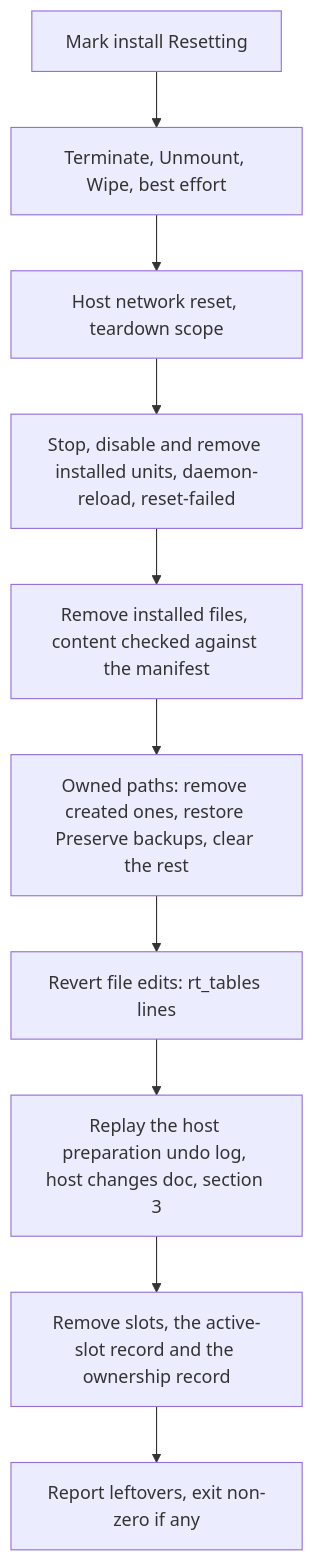
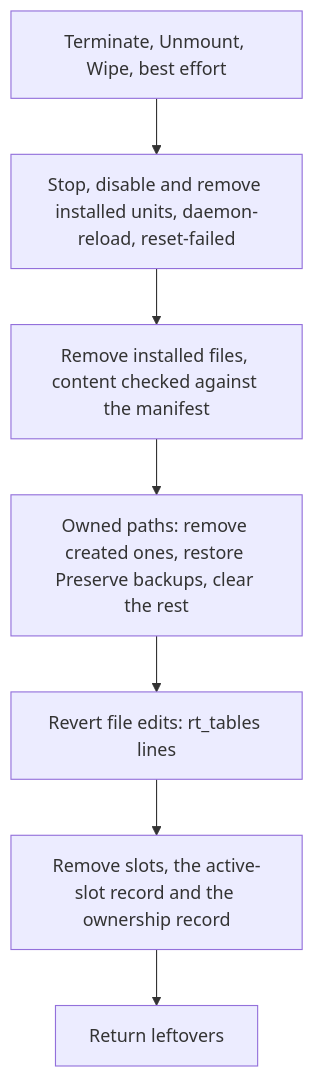
The fourth of 4 diagrams in designs/agent-v2/07-host-runtime-cleanup.md (Azure/unbounded), drawn with Mermaid before and after one commit. The commit also changed other lines of this file and 10 other files, not shown here.

````diff
--- a/designs/agent-v2/07-host-runtime-cleanup.md
+++ b/designs/agent-v2/07-host-runtime-cleanup.md
@@ -310,12 +311,9 @@
 ```mermaid
 flowchart TD
-  A["Mark install Resetting"] --> B["Terminate, Unmount, Wipe, best effort"]
-  B --> C["Host network reset, teardown scope"]
-  C --> D["Stop, disable and remove installed units, daemon-reload, reset-failed"]
+  B["Terminate, Unmount, Wipe, best effort"] --> D["Stop, disable and remove installed units, daemon-reload, reset-failed"]
   D --> E["Remove installed files, content checked against the manifest"]
   E --> F["Owned paths: remove created ones, restore Preserve backups, clear the rest"]
   F --> G["Revert file edits: rt_tables lines"]
-  G --> H["Replay the host preparation undo log, host changes doc, section 3"]
-  H --> I["Remove slots, the active-slot record and the ownership record"]
-  I --> J["Report leftovers, exit non-zero if any"]
+  G --> I["Remove slots, the active-slot record and the ownership record"]
+  I --> J["Return leftovers"]
 ```
````
